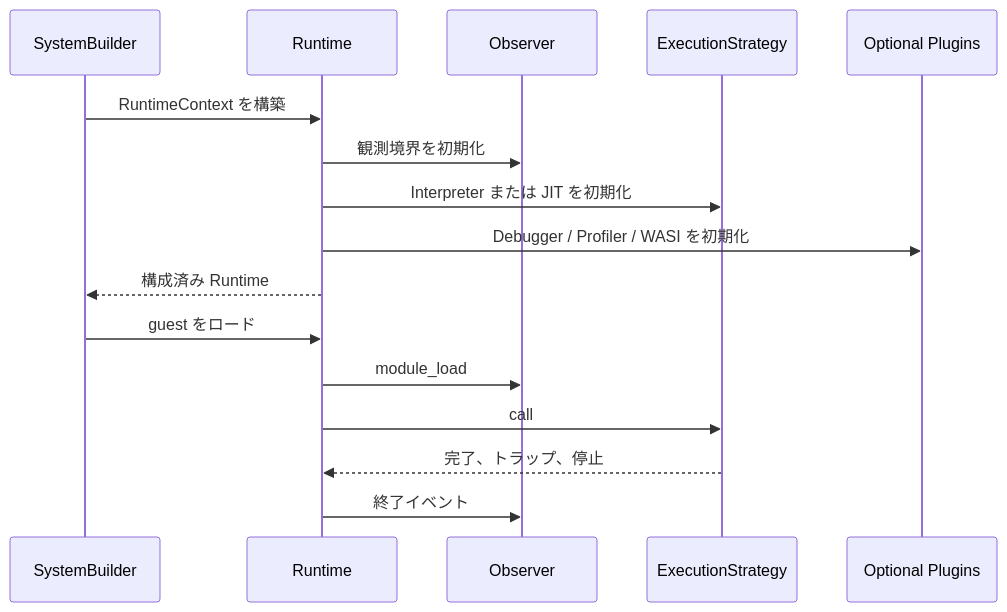
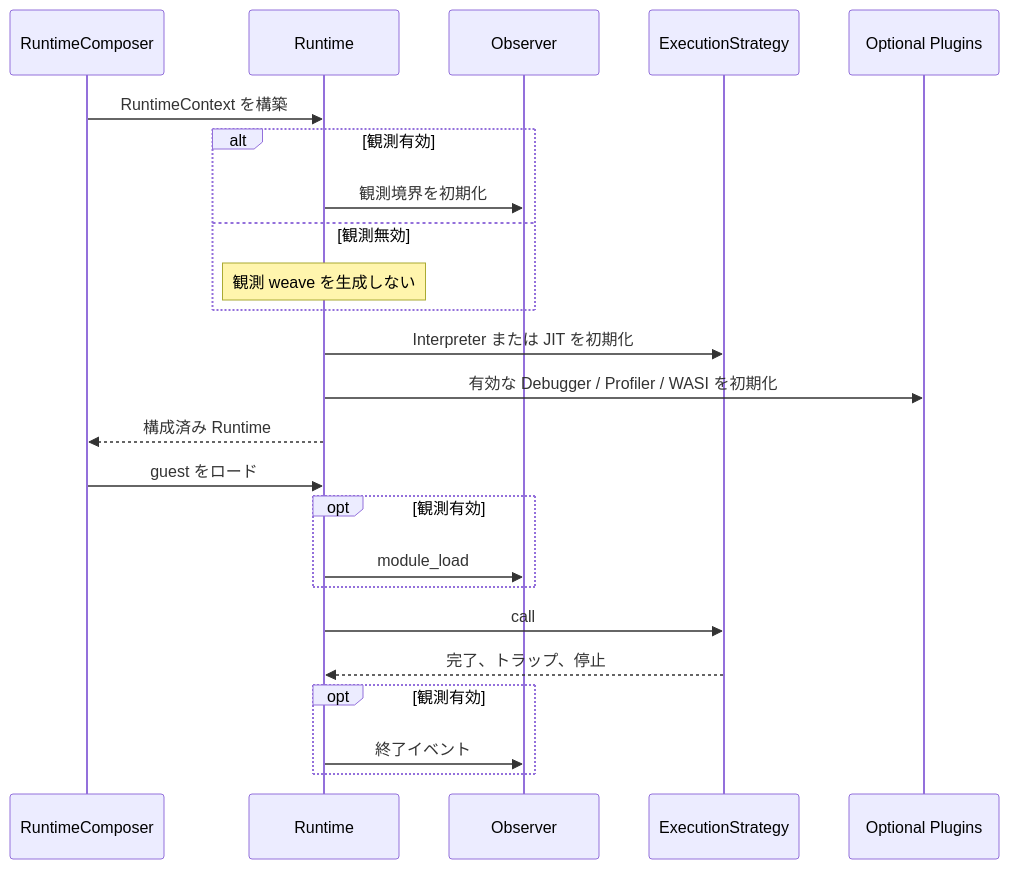
Before and after one commit to kmt-t/fireball: the second of 2 diagrams in docs/components/tier2_runtime/runtime_plugin_architecture.md, drawn with Mermaid. The commit also changed other lines of this file and 104 other files, not shown here.

````diff
--- a/docs/components/tier2_runtime/runtime_plugin_architecture.md
+++ b/docs/components/tier2_runtime/runtime_plugin_architecture.md
@@ -77,18 +78,26 @@
 ```mermaid
 sequenceDiagram
-    participant S as SystemBuilder
+    participant C as RuntimeComposer
     participant R as Runtime
     participant O as Observer
     participant E as ExecutionStrategy
     participant P as Optional Plugins
-    S->>R: RuntimeContext を構築
-    R->>O: 観測境界を初期化
+    C->>R: RuntimeContext を構築
+    alt 観測有効
+        R->>O: 観測境界を初期化
+    else 観測無効
+        Note over R: 観測 weave を生成しない
+    end
     R->>E: Interpreter または JIT を初期化
-    R->>P: Debugger / Profiler / WASI を初期化
-    R-->>S: 構成済み Runtime
-    S->>R: guest をロード
-    R->>O: module_load
+    R->>P: 有効な Debugger / Profiler / WASI を初期化
+    R-->>C: 構成済み Runtime
+    C->>R: guest をロード
+    opt 観測有効
+        R->>O: module_load
+    end
     R->>E: call
     E-->>R: 完了、トラップ、停止
-    R->>O: 終了イベント
+    opt 観測有効
+        R->>O: 終了イベント
+    end
 ```
````
